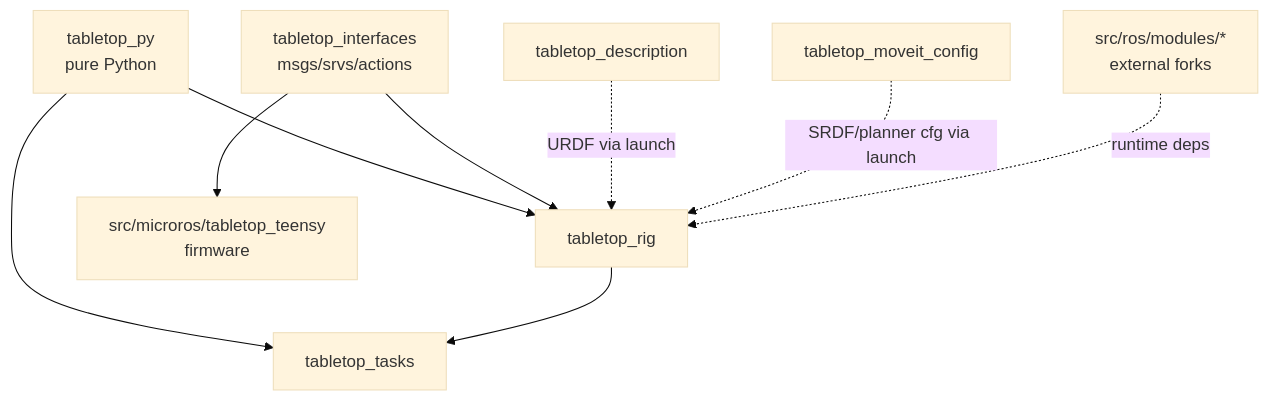
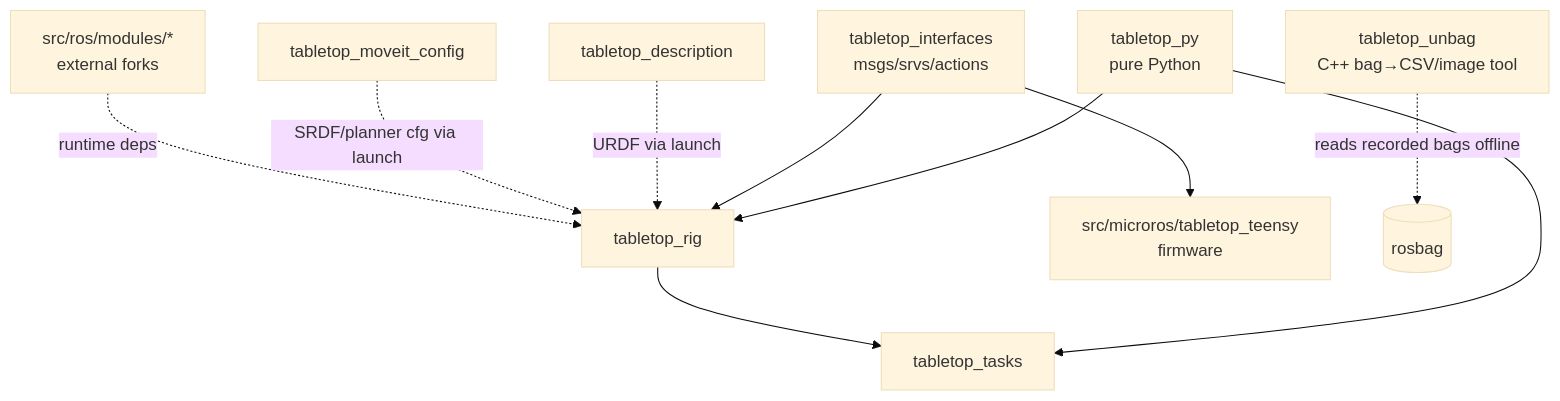
Before and after one commit to jazlab/tabletop: the second of 2 diagrams in docs/architecture.md, drawn with Mermaid (base theme). The commit also changed other lines of this file and 12 other files, not shown here.

First line of the commit message:
docs: reconcile docs/CLAUDE.md with merged Wave-1 fixes and tabletop_unbag (#35)

````diff
--- a/docs/architecture.md
+++ b/docs/architecture.md
@@ -206,11 +230,12 @@
 ```mermaid
 graph TD
     TP[tabletop_py<br/>pure Python] --> RIG[tabletop_rig]
     TP --> TASKS[tabletop_tasks]
     IF[tabletop_interfaces<br/>msgs/srvs/actions] --> RIG
     IF --> FW[src/microros/tabletop_teensy<br/>firmware]
     RIG --> TASKS
     DESC[tabletop_description] -.URDF via launch.-> RIG
     MVC[tabletop_moveit_config] -.SRDF/planner cfg via launch.-> RIG
     MODS[src/ros/modules/*<br/>external forks] -.runtime deps.-> RIG
+    UNBAG[tabletop_unbag<br/>C++ bag→CSV/image tool] -.reads recorded bags offline.-> BAG[(rosbag)]
 ```
````
